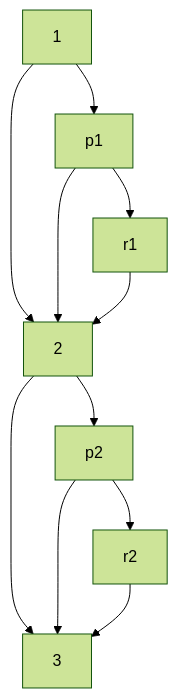
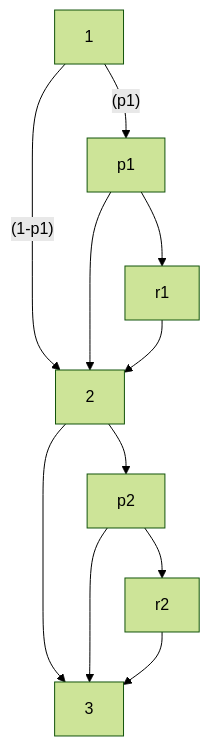
One commit to bfeitknecht/vault changed the diagram in vault/sem2/AuW/UE/cx/bf/cx07-bf.md. Above: the diagram before and after it, drawn with Mermaid (forest theme).

Commit message:
vault backup: 2024-05-03 16:24:58 from MacBook Pro (echo)
Affected files:
vault/sem2/AuW/UE/cx/bf/cx07-bf.md

````diff
--- a/vault/sem2/AuW/UE/cx/bf/cx07-bf.md
+++ b/vault/sem2/AuW/UE/cx/bf/cx07-bf.md
@@ -9,14 +9,14 @@
 ```mermaid
 graph TD;
 
-1 --> p1
-1 --> 2
+1 --"(p1)"--> p1
+1 --"(1-p1)"--> 2
 p1 --> r1
 p1 --> 2
 r1 --> 2
 2 --> 3
 2 --> p2
 p2 --> 3
 p2 --> r2
 r2 --> 3
 ```
````
